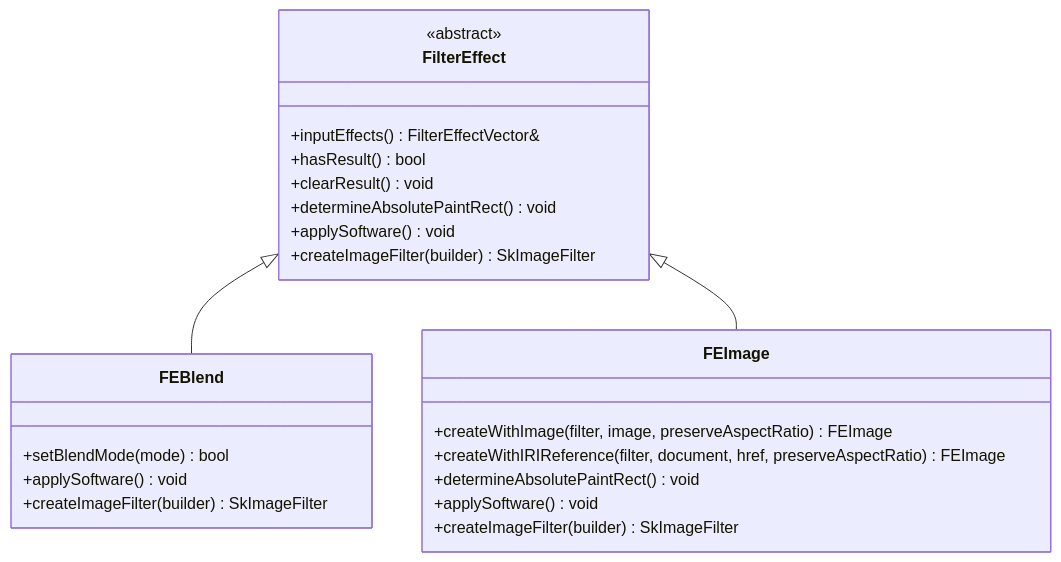
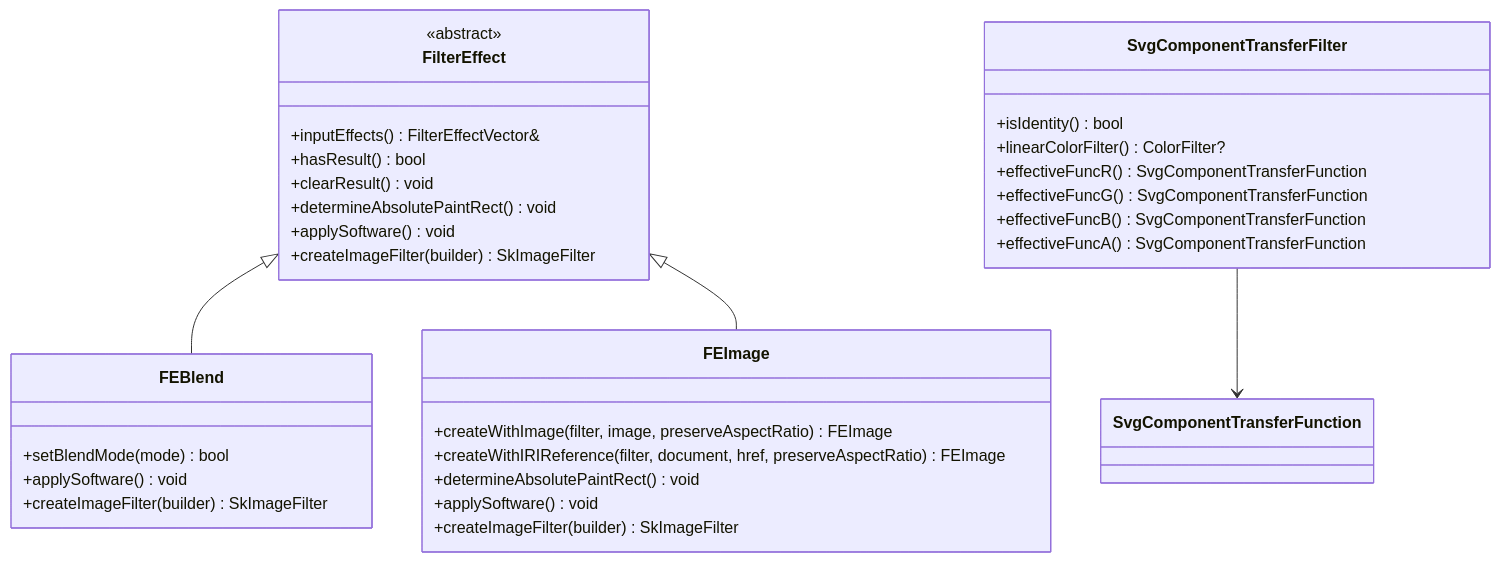
One commit to denisnadey/flutter_full_svg_support changed the eighth of 10 diagrams in .qoder/repowiki/en/content/Animated SVG Support/Advanced Animation Features/SVG Filters and Effects/Filter Architecture and Registry.md. Above: the diagram before and after it, drawn with Mermaid. The commit also changed other lines of this file and 20 other files, not shown here.

````diff
--- a/.qoder/repowiki/en/content/Animated SVG Support/Advanced Animation Features/SVG Filters and Effects/Filter Architecture and Registry.md
+++ b/.qoder/repowiki/en/content/Animated SVG Support/Advanced Animation Features/SVG Filters and Effects/Filter Architecture and Registry.md
@@ -259,26 +295,35 @@
 ```mermaid
 classDiagram
 class FilterEffect {
 <<abstract>>
 +inputEffects() FilterEffectVector&
 +hasResult() bool
 +clearResult() void
 +determineAbsolutePaintRect() void
 +applySoftware() void
 +createImageFilter(builder) SkImageFilter
 }
 class FEBlend {
 +setBlendMode(mode) bool
 +applySoftware() void
 +createImageFilter(builder) SkImageFilter
 }
 class FEImage {
 +createWithImage(filter, image, preserveAspectRatio) FEImage
 +createWithIRIReference(filter, document, href, preserveAspectRatio) FEImage
 +determineAbsolutePaintRect() void
 +applySoftware() void
 +createImageFilter(builder) SkImageFilter
 }
+class SvgComponentTransferFilter {
++isIdentity() bool
++linearColorFilter() ColorFilter?
++effectiveFuncR() SvgComponentTransferFunction
++effectiveFuncG() SvgComponentTransferFunction
++effectiveFuncB() SvgComponentTransferFunction
++effectiveFuncA() SvgComponentTransferFunction
+}
 FilterEffect <|-- FEBlend
 FilterEffect <|-- FEImage
+SvgComponentTransferFilter --> SvgComponentTransferFunction
 ```
````
